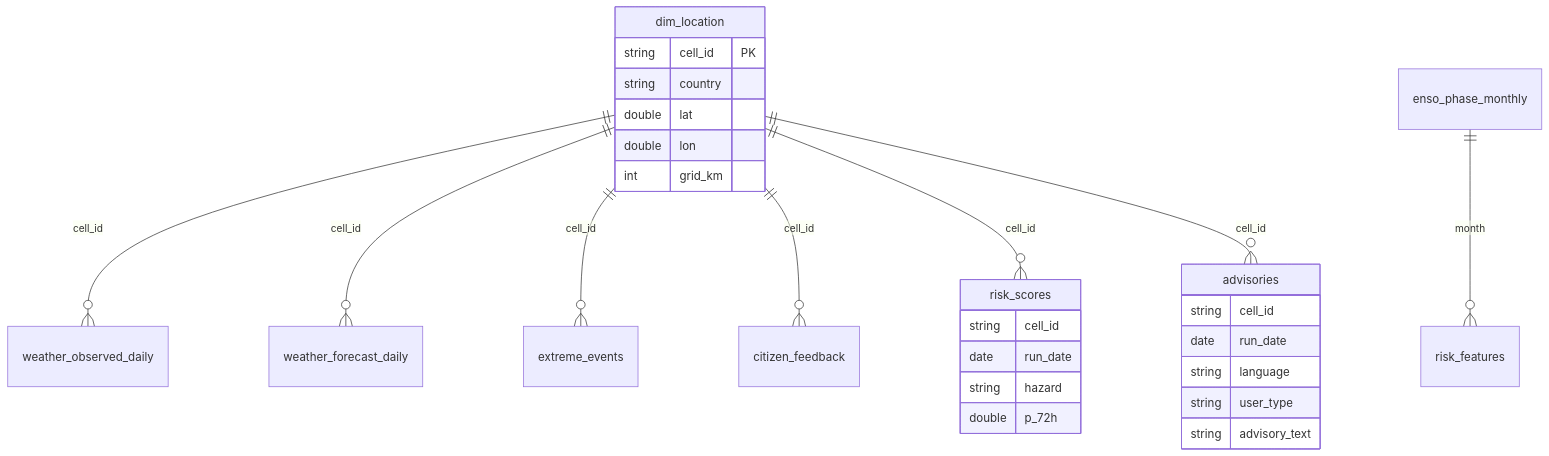
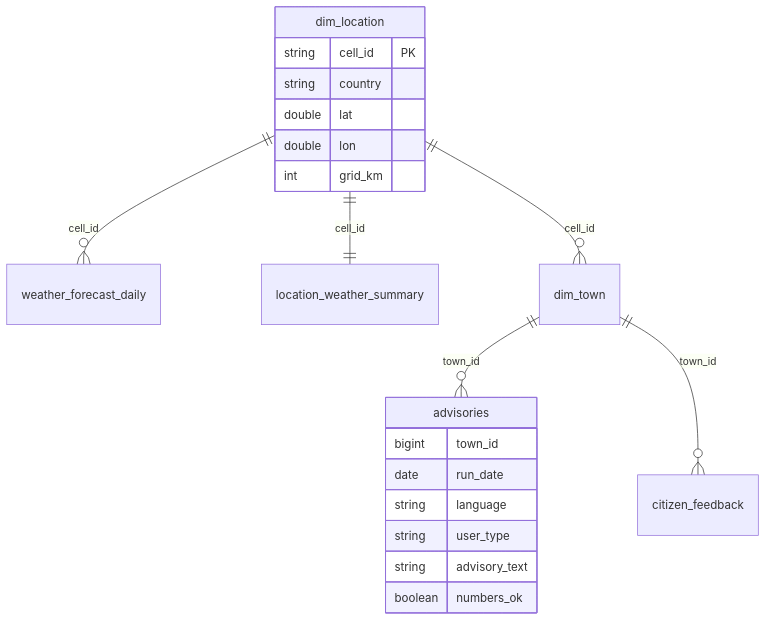
Before and after one commit to jose-alberto-salazar-jimenez/databricks_demos: the fourth of 5 diagrams in e2e_industry_solutions/weather_forecast_warning_comms/ARCHITECTURE.md, drawn with Mermaid. The commit also changed other lines of this file and 14 other files, not shown here.

````diff
--- a/e2e_industry_solutions/weather_forecast_warning_comms/ARCHITECTURE.md
+++ b/e2e_industry_solutions/weather_forecast_warning_comms/ARCHITECTURE.md
@@ -76,30 +64,23 @@
 ```mermaid
 erDiagram
-  dim_location ||--o{ weather_observed_daily : cell_id
   dim_location ||--o{ weather_forecast_daily : cell_id
-  dim_location ||--o{ extreme_events : cell_id
-  dim_location ||--o{ citizen_feedback : cell_id
-  dim_location ||--o{ risk_scores : cell_id
-  dim_location ||--o{ advisories : cell_id
-  enso_phase_monthly ||--o{ risk_features : month
+  dim_location ||--|| location_weather_summary : cell_id
+  dim_location ||--o{ dim_town : cell_id
+  dim_town ||--o{ advisories : town_id
+  dim_town ||--o{ citizen_feedback : town_id
   dim_location {
     string cell_id PK
     string country
     double lat
     double lon
     int grid_km
   }
-  risk_scores {
-    string cell_id
-    date run_date
-    string hazard
-    double p_72h
-  }
   advisories {
-    string cell_id
+    bigint town_id
     date run_date
     string language
     string user_type
     string advisory_text
+    boolean numbers_ok
   }
 ```
````
